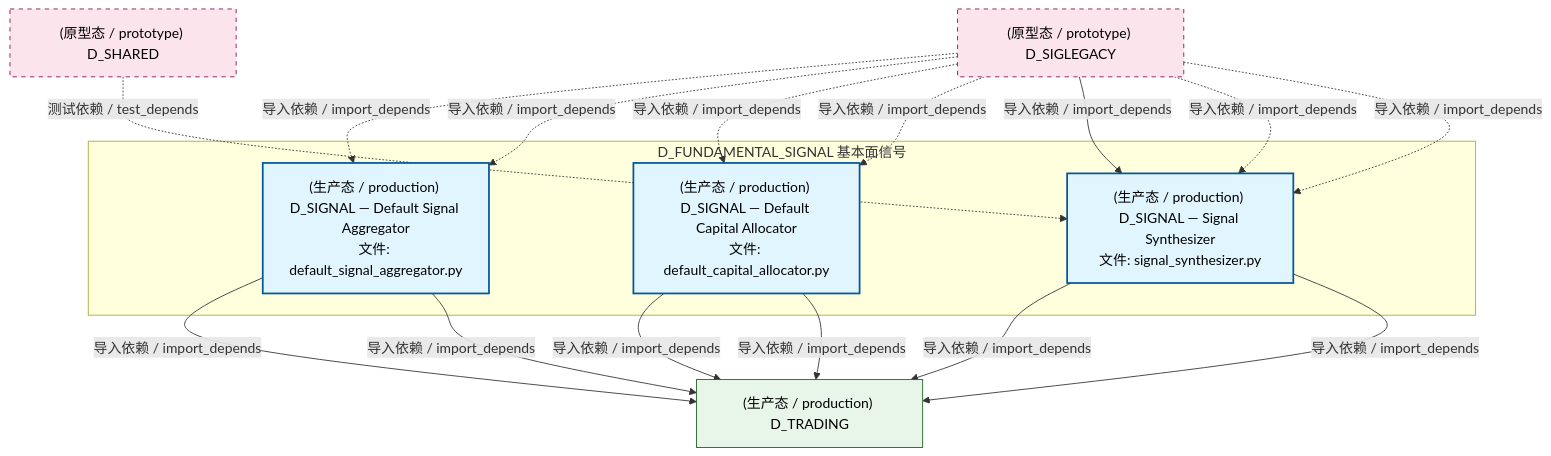
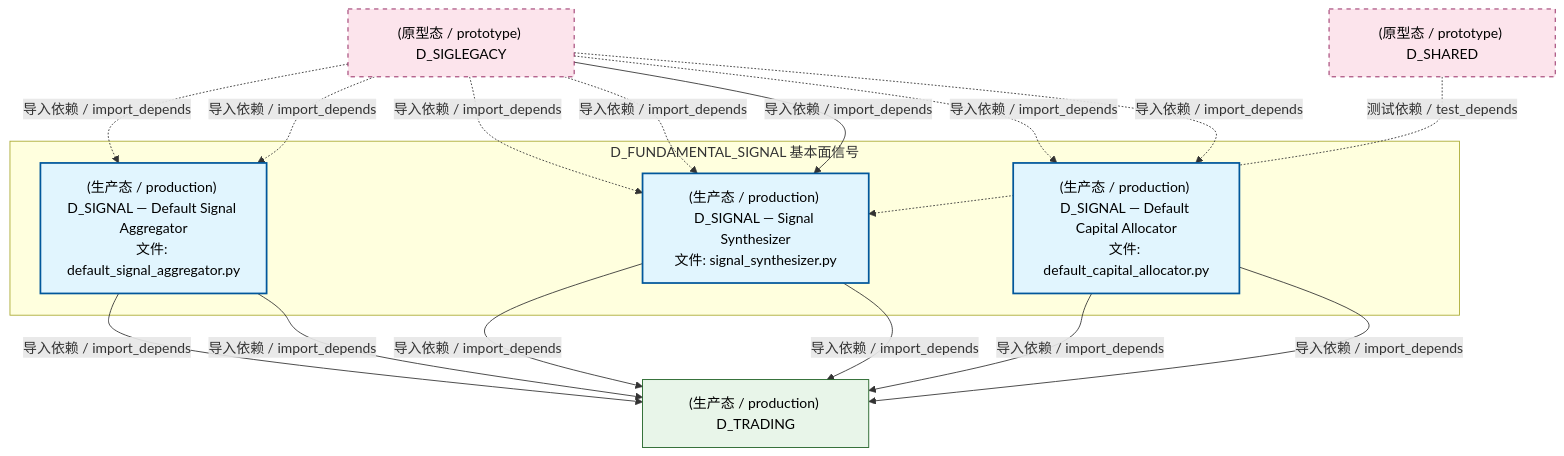
The second of 4 diagrams in docs/02_enterprise_architecture/02_domain_architecture_docs/37_d_fundamental_signal.md (xuanFelixVan/ZephyrAlpha), drawn with Mermaid before and after one commit. The commit also changed other lines of this file and 126 other files, not shown here.

````diff
--- a/docs/02_enterprise_architecture/02_domain_architecture_docs/37_d_fundamental_signal.md
+++ b/docs/02_enterprise_architecture/02_domain_architecture_docs/37_d_fundamental_signal.md
@@ -134,32 +134,32 @@
 ```mermaid
 graph TD
     subgraph D_FUNDAMENTAL_SIGNAL["D_FUNDAMENTAL_SIGNAL 基本面信号"]
         src_zephyr_signal_fundamental_gen_implementations_default_signal_aggregator_py["(生产态 / production) D_SIGNAL — Default Signal Aggregator<br/>文件: default_signal_aggregator.py"]
         src_zephyr_signal_fundamental_strategy_implementations_default_capital_allocator_py["(生产态 / production) D_SIGNAL — Default Capital Allocator<br/>文件: default_capital_allocator.py"]
         src_zephyr_signal_fundamental_synth_signal_synthesizer_py["(生产态 / production) D_SIGNAL — Signal Synthesizer<br/>文件: signal_synthesizer.py"]
     end
     D_TRADING["(生产态 / production) D_TRADING"]
+    src_zephyr_signal_fundamental_strategy_implementations_default_capital_allocator_py -->|导入依赖 / import_depends| D_TRADING
+    src_zephyr_signal_fundamental_strategy_implementations_default_capital_allocator_py -->|导入依赖 / import_depends| D_TRADING
+    src_zephyr_signal_fundamental_synth_signal_synthesizer_py -->|导入依赖 / import_depends| D_TRADING
     src_zephyr_signal_fundamental_synth_signal_synthesizer_py -->|导入依赖 / import_depends| D_TRADING
     src_zephyr_signal_fundamental_gen_implementations_default_signal_aggregator_py -->|导入依赖 / import_depends| D_TRADING
     src_zephyr_signal_fundamental_gen_implementations_default_signal_aggregator_py -->|导入依赖 / import_depends| D_TRADING
-    src_zephyr_signal_fundamental_strategy_implementations_default_capital_allocator_py -->|导入依赖 / import_depends| D_TRADING
-    src_zephyr_signal_fundamental_strategy_implementations_default_capital_allocator_py -->|导入依赖 / import_depends| D_TRADING
-    src_zephyr_signal_fundamental_synth_signal_synthesizer_py -->|导入依赖 / import_depends| D_TRADING
     D_SIGLEGACY["(原型态 / prototype) D_SIGLEGACY"]
     D_SIGLEGACY -.->|导入依赖 / import_depends| src_zephyr_signal_fundamental_gen_implementations_default_signal_aggregator_py
     D_SIGLEGACY -.->|导入依赖 / import_depends| src_zephyr_signal_fundamental_gen_implementations_default_signal_aggregator_py
-    D_SIGLEGACY -.->|导入依赖 / import_depends| src_zephyr_signal_fundamental_strategy_implementations_default_capital_allocator_py
-    D_SIGLEGACY -.->|导入依赖 / import_depends| src_zephyr_signal_fundamental_strategy_implementations_default_capital_allocator_py
+    D_SIGLEGACY -.->|导入依赖 / import_depends| src_zephyr_signal_fundamental_synth_signal_synthesizer_py
+    D_SIGLEGACY -.->|导入依赖 / import_depends| src_zephyr_signal_fundamental_synth_signal_synthesizer_py
     D_SHARED["(原型态 / prototype) D_SHARED"]
     D_SHARED -.->|测试依赖 / test_depends| src_zephyr_signal_fundamental_synth_signal_synthesizer_py
     D_SIGLEGACY -->|导入依赖 / import_depends| src_zephyr_signal_fundamental_synth_signal_synthesizer_py
-    D_SIGLEGACY -.->|导入依赖 / import_depends| src_zephyr_signal_fundamental_synth_signal_synthesizer_py
-    D_SIGLEGACY -.->|导入依赖 / import_depends| src_zephyr_signal_fundamental_synth_signal_synthesizer_py
+    D_SIGLEGACY -.->|导入依赖 / import_depends| src_zephyr_signal_fundamental_strategy_implementations_default_capital_allocator_py
+    D_SIGLEGACY -.->|导入依赖 / import_depends| src_zephyr_signal_fundamental_strategy_implementations_default_capital_allocator_py
     classDef production fill:#e1f5fe,stroke:#01579b,stroke-width:2px,color:#000
     classDef design fill:#fff3e0,stroke:#e65100,stroke-width:2px,color:#000,stroke-dasharray: 5 5
     classDef external_prod fill:#e8f5e9,stroke:#1b5e20,stroke-width:1px,color:#000
     classDef external_design fill:#fce4ec,stroke:#880e4f,stroke-width:1px,color:#000,stroke-dasharray: 5 5
     class src_zephyr_signal_fundamental_gen_implementations_default_signal_aggregator_py,src_zephyr_signal_fundamental_strategy_implementations_default_capital_allocator_py,src_zephyr_signal_fundamental_synth_signal_synthesizer_py production
     class D_TRADING external_prod
     class D_SIGLEGACY,D_SHARED external_design
 ```
````
